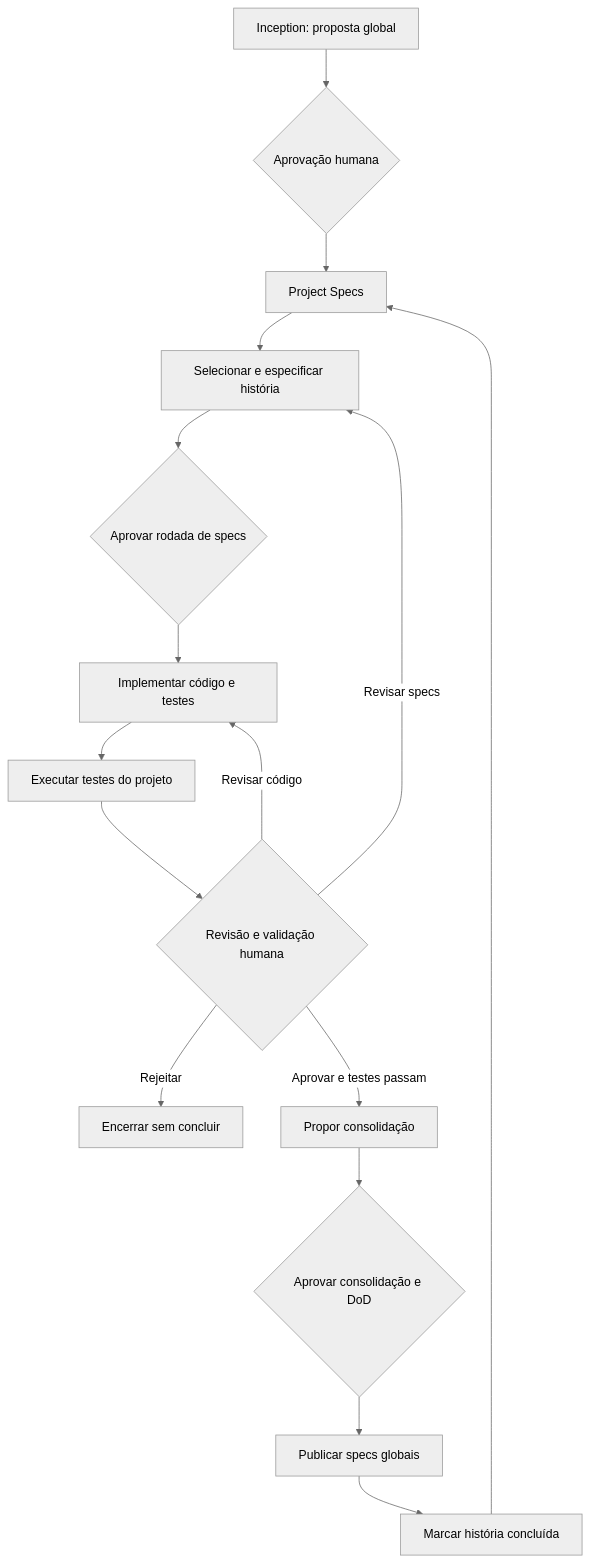
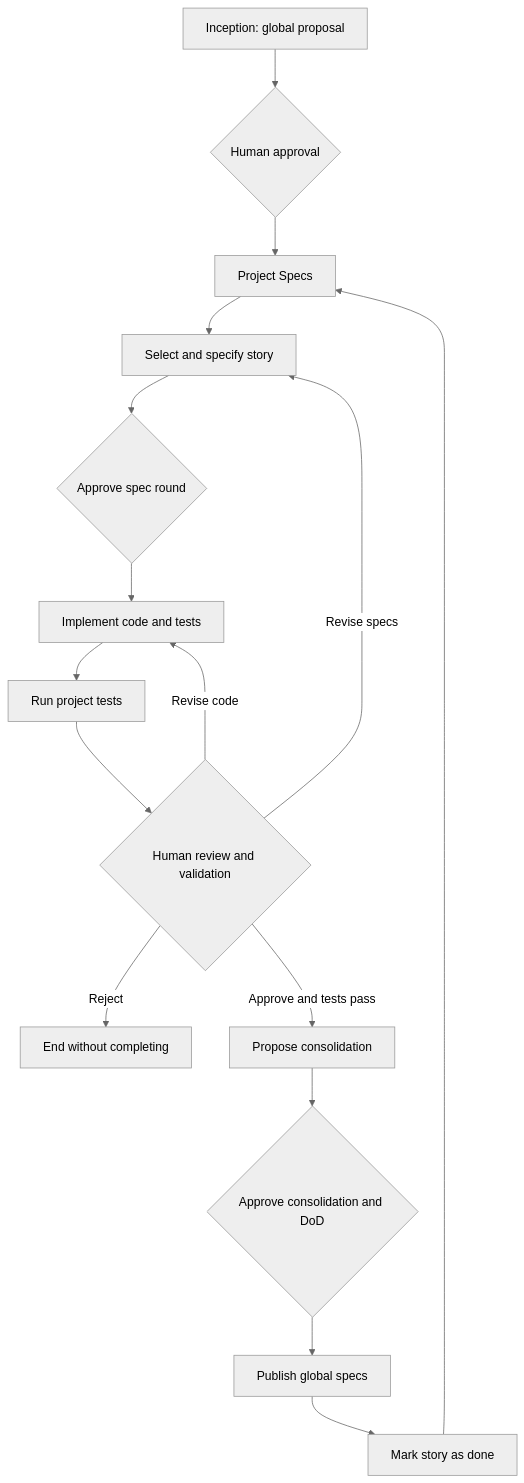
One commit to mh-language/mhl-samples-agilespec changed the diagram in README.md. Above: the diagram before and after it, drawn with Mermaid (neutral theme). The commit also changed other lines of this file and 20 other files, not shown here.

````diff
--- a/README.md
+++ b/README.md
@@ -32,18 +32,18 @@
 ```mermaid
 flowchart TD
-    I[Inception: proposta global] --> IG{Aprovação humana}
+    I[Inception: global proposal] --> IG{Human approval}
     IG --> P[Project Specs]
-    P --> S[Selecionar e especificar história]
-    S --> SG{Aprovar rodada de specs}
-    SG --> C[Implementar código e testes]
-    C --> T[Executar testes do projeto]
-    T --> R{Revisão e validação humana}
-    R -->|Revisar código| C
-    R -->|Revisar specs| S
-    R -->|Rejeitar| X[Encerrar sem concluir]
-    R -->|Aprovar e testes passam| D[Propor consolidação]
-    D --> G{Aprovar consolidação e DoD}
-    G --> A[Publicar specs globais]
-    A --> B[Marcar história concluída]
+    P --> S[Select and specify story]
+    S --> SG{Approve spec round}
+    SG --> C[Implement code and tests]
+    C --> T[Run project tests]
+    T --> R{Human review and validation}
+    R -->|Revise code| C
+    R -->|Revise specs| S
+    R -->|Reject| X[End without completing]
+    R -->|Approve and tests pass| D[Propose consolidation]
+    D --> G{Approve consolidation and DoD}
+    G --> A[Publish global specs]
+    A --> B[Mark story as done]
     B --> P
 ```
````
